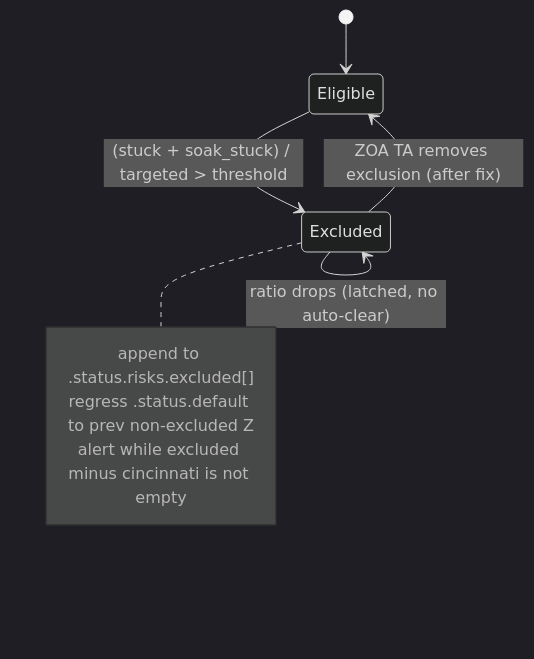
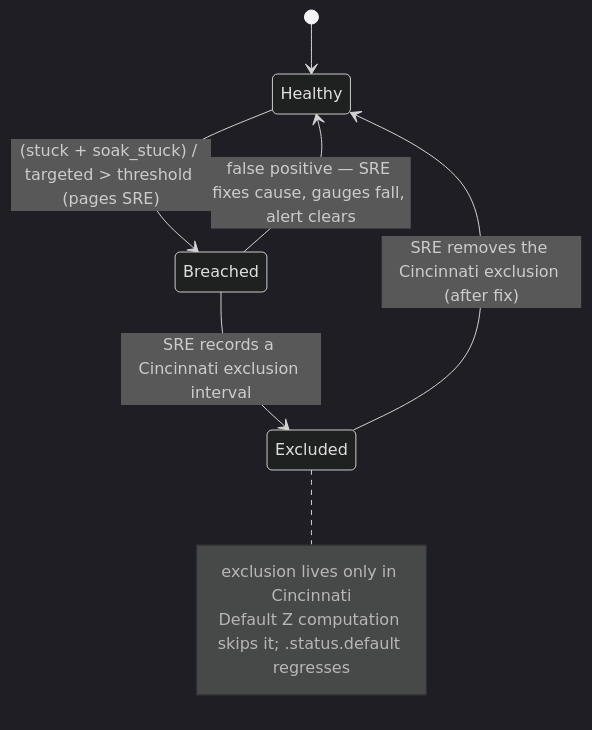
Before and after one commit to openshift-online/rosa-seaplane: the second of 2 diagrams in docs/design/cluster-upgrades.md, drawn with Mermaid (dark theme). The commit also changed other lines of this file, not shown here.

First line of the commit message:
docs: make Cincinnati the sole exclusion path, remove .status.risks.excluded

````diff
--- a/docs/design/cluster-upgrades.md
+++ b/docs/design/cluster-upgrades.md
@@ -354,13 +351,13 @@
 ```mermaid
 stateDiagram-v2
-    [*] --> Eligible
-    Eligible --> Excluded: (stuck + soak_stuck) / targeted > threshold
-    Excluded --> Excluded: ratio drops (latched, no auto-clear)
-    Excluded --> Eligible: ZOA TA removes exclusion (after fix)
+    [*] --> Healthy
+    Healthy --> Breached: (stuck + soak_stuck) / targeted > threshold (pages SRE)
+    Breached --> Healthy: false positive — SRE fixes cause, gauges fall, alert clears
+    Breached --> Excluded: SRE records a Cincinnati exclusion interval
+    Excluded --> Healthy: SRE removes the Cincinnati exclusion (after fix)
 
     note right of Excluded
-        append to .status.risks.excluded[]
-        regress .status.default to prev non-excluded Z
-        alert while excluded minus cincinnati is not empty
+        exclusion lives only in Cincinnati
+        Default Z computation skips it; .status.default regresses
     end note
 ```
````
